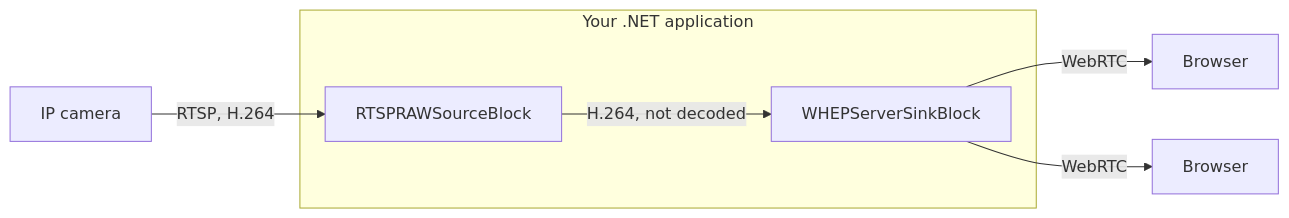
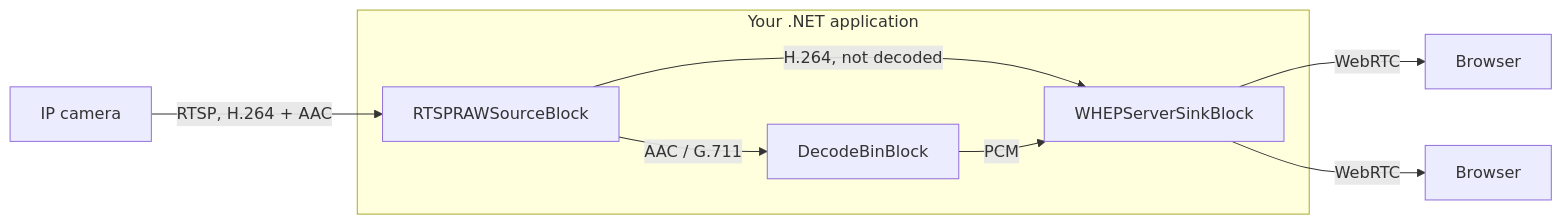
Before and after one commit to visioforge/help: the first of 3 diagrams in dotnet/mediablocks/Guides/rtsp-cameras-in-browser-whep.md, drawn with Mermaid. The commit also changed other lines of this file and 27 other files, not shown here.

````diff
--- a/dotnet/mediablocks/Guides/rtsp-cameras-in-browser-whep.md
+++ b/dotnet/mediablocks/Guides/rtsp-cameras-in-browser-whep.md
@@ -46,9 +47,11 @@
 ```mermaid
 graph LR;
-    cam["IP camera"] -- "RTSP, H.264" --> RTSPRAWSourceBlock;
+    cam["IP camera"] -- "RTSP, H.264 + AAC" --> RTSPRAWSourceBlock;
     subgraph app ["Your .NET application"]
         RTSPRAWSourceBlock -- "H.264, not decoded" --> WHEPServerSinkBlock;
+        RTSPRAWSourceBlock -- "AAC / G.711" --> DecodeBinBlock;
+        DecodeBinBlock -- "PCM" --> WHEPServerSinkBlock;
     end
     WHEPServerSinkBlock -- WebRTC --> b1["Browser"];
     WHEPServerSinkBlock -- WebRTC --> b2["Browser"];
 ```
````
